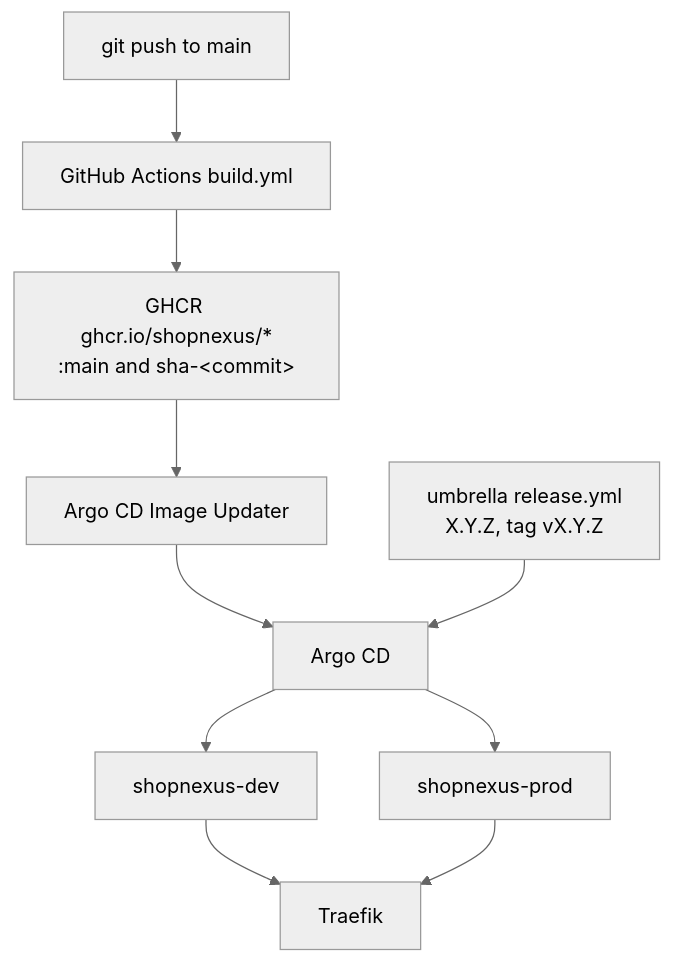
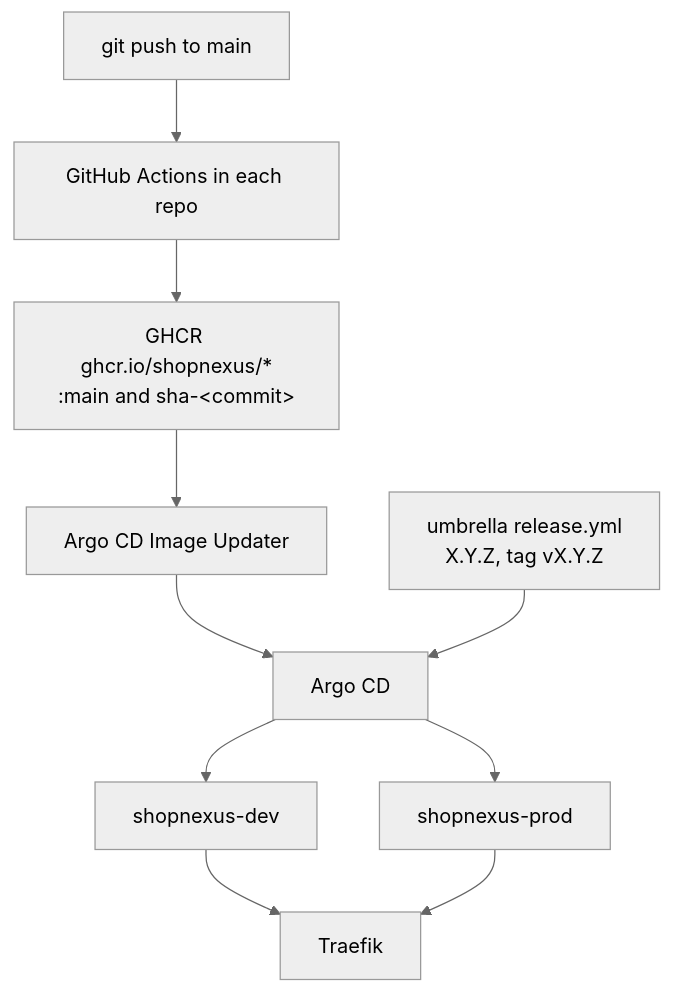
Before and after one commit to shopnexus/docs: the diagram in web/src/content/docs/en/operations/index.mdx, drawn with Mermaid (neutral theme). The commit also changed other lines of this file and 105 other files, not shown here.

````diff
--- a/web/src/content/docs/en/operations/index.mdx
+++ b/web/src/content/docs/en/operations/index.mdx
@@ -27,12 +27,12 @@
 ```mermaid title="From a push to a running pod"
 flowchart TB
-  push[git push to main] --> ci[GitHub Actions build.yml]
+  push[git push to main] --> ci[GitHub Actions in each repo]
   ci --> ghcr["GHCR ghcr.io/shopnexus/*<br/>:main and sha-#lt;commit#gt;"]
   ghcr --> iu[Argo CD Image Updater]
   iu --> argo[Argo CD]
   rel["umbrella release.yml<br/>X.Y.Z, tag vX.Y.Z"] --> argo
   argo --> devns[shopnexus-dev]
   argo --> prodns[shopnexus-prod]
   devns --> traefik[Traefik]
   prodns --> traefik
 ```
````
